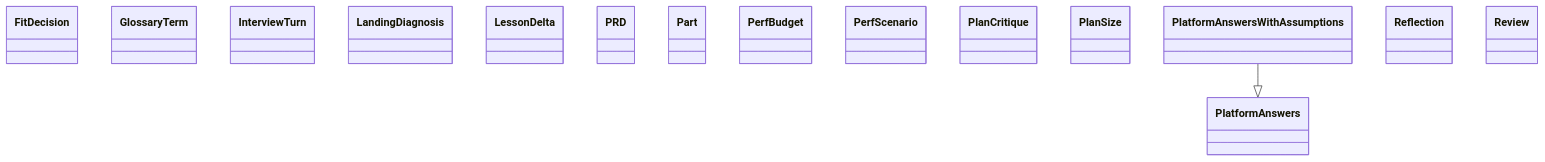
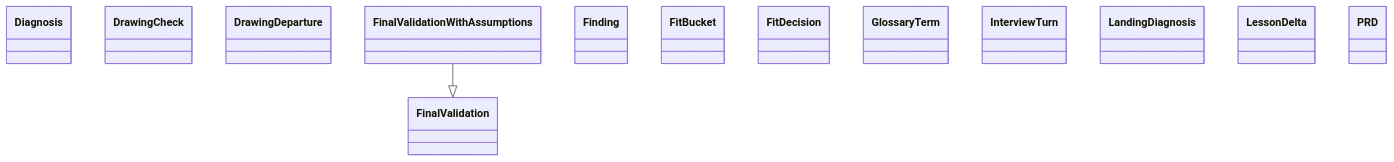
One commit to GonzaloZevallos/agentic-system changed the diagram in docs/architecture/generated/classes-process-domain-roles-3.md. Above: the diagram before and after it, drawn with Mermaid. The commit also changed other lines of this file and 27 other files, not shown here.

Commit message:
Define the drawing departure term and ADR-0101, and regenerate the pages

````diff
--- a/docs/architecture/generated/classes-process-domain-roles-3.md
+++ b/docs/architecture/generated/classes-process-domain-roles-3.md
@@ -28,19 +29,17 @@
 ```mermaid
 classDiagram
+    class schemas__Diagnosis["Diagnosis"]
+    class schemas__DrawingCheck["DrawingCheck"]
+    class schemas__DrawingDeparture["DrawingDeparture"]
+    class schemas__FinalValidation["FinalValidation"]
+    class schemas__FinalValidationWithAssumptions["FinalValidationWithAssumptions"]
+    class schemas__Finding["Finding"]
+    class schemas__FitBucket["FitBucket"]
     class schemas__FitDecision["FitDecision"]
     class schemas__GlossaryTerm["GlossaryTerm"]
     class schemas__InterviewTurn["InterviewTurn"]
     class schemas__LandingDiagnosis["LandingDiagnosis"]
     class schemas__LessonDelta["LessonDelta"]
     class schemas__PRD["PRD"]
-    class schemas__Part["Part"]
-    class schemas__PerfBudget["PerfBudget"]
-    class schemas__PerfScenario["PerfScenario"]
-    class schemas__PlanCritique["PlanCritique"]
-    class schemas__PlanSize["PlanSize"]
-    class schemas__PlatformAnswers["PlatformAnswers"]
-    class schemas__PlatformAnswersWithAssumptions["PlatformAnswersWithAssumptions"]
-    class schemas__Reflection["Reflection"]
-    class schemas__Review["Review"]
-    schemas__PlatformAnswersWithAssumptions --|> schemas__PlatformAnswers
+    schemas__FinalValidationWithAssumptions --|> schemas__FinalValidation
 ```
````
